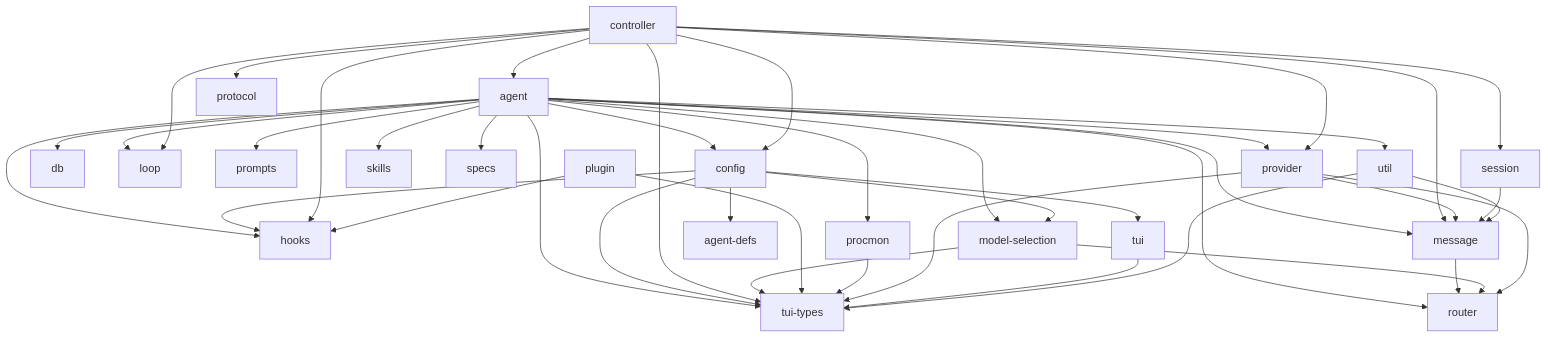
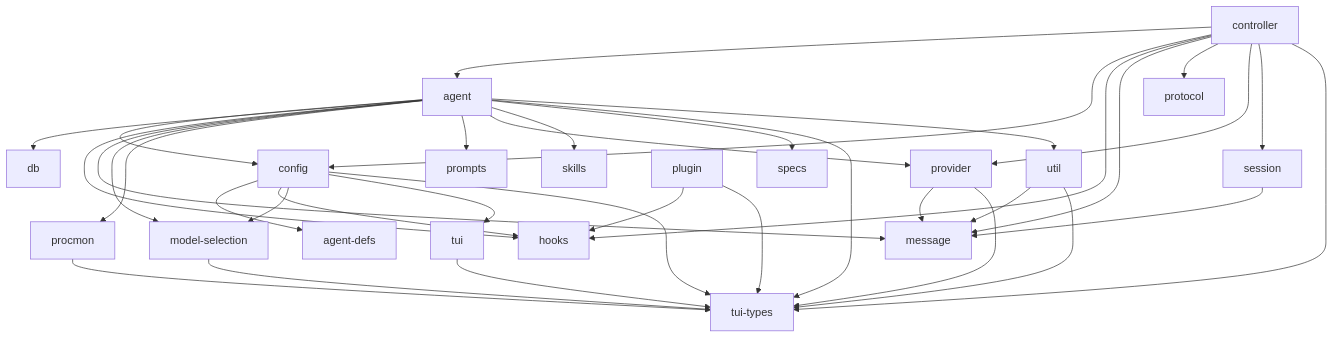
Before and after one commit to brittonr/clankers: the diagram in docs/src/generated/architecture.md, drawn with Mermaid. The commit also changed other lines of this file and 10 other files, not shown here.

````diff
--- a/docs/src/generated/architecture.md
+++ b/docs/src/generated/architecture.md
@@ -13,44 +13,38 @@
 ```mermaid
 graph TD
     agent --> config
     agent --> db
     agent --> hooks
-    agent --> loop
     agent --> message
     agent --> model-selection
     agent --> procmon
     agent --> prompts
     agent --> provider
-    agent --> router
     agent --> skills
     agent --> specs
     agent --> tui-types
     agent --> util
     config --> agent-defs
     config --> hooks
     config --> model-selection
     config --> tui
     config --> tui-types
     controller --> agent
     controller --> config
     controller --> hooks
-    controller --> loop
     controller --> message
     controller --> protocol
     controller --> provider
     controller --> session
     controller --> tui-types
-    message --> router
-    model-selection --> router
     model-selection --> tui-types
     plugin --> hooks
     plugin --> tui-types
     procmon --> tui-types
     provider --> message
-    provider --> router
     provider --> tui-types
     session --> message
     tui --> tui-types
     util --> message
     util --> tui-types
 ```
````
